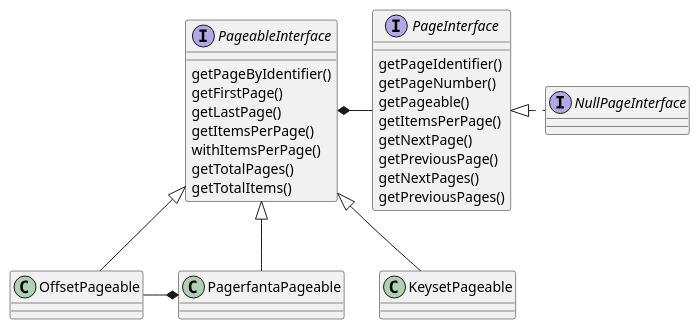
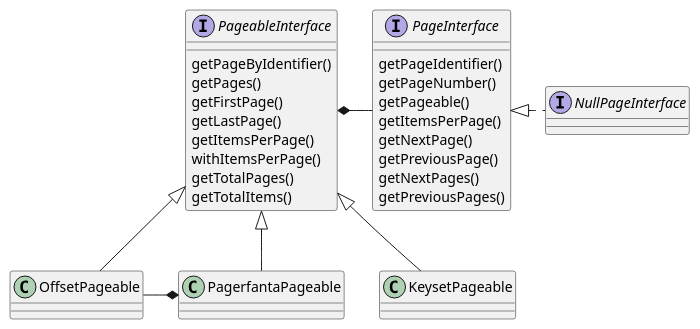
Before and after one commit to rekalogika/rekalogika.dev: the diagram in static-src/diagrams/rekapager-pageable.wsd, drawn with PlantUML.

Commit message:
update diagram

```diff
--- a/static-src/diagrams/rekapager-pageable.wsd
+++ b/static-src/diagrams/rekapager-pageable.wsd
@@ -1,39 +1,40 @@
 @startuml rekapager-pageable
 
 interface PageableInterface {
     getPageByIdentifier()
+    getPages()
     getFirstPage()
     getLastPage()
     getItemsPerPage()
     withItemsPerPage()
     getTotalPages()
     getTotalItems()
 }
 
 interface PageInterface {
     getPageIdentifier()
     getPageNumber()
     getPageable()
     getItemsPerPage()
     getNextPage()
     getPreviousPage()
     getNextPages()
     getPreviousPages()
 }
 
 interface NullPageInterface
 
 PageableInterface *- PageInterface
 PageInterface <|. NullPageInterface
 
 class KeysetPageable
 PageableInterface <|-- KeysetPageable
 
 class OffsetPageable
 PageableInterface <|-- OffsetPageable
 
 class PagerfantaPageable
 PageableInterface <|-- PagerfantaPageable
 OffsetPageable -* PagerfantaPageable
 
 @enduml
```
